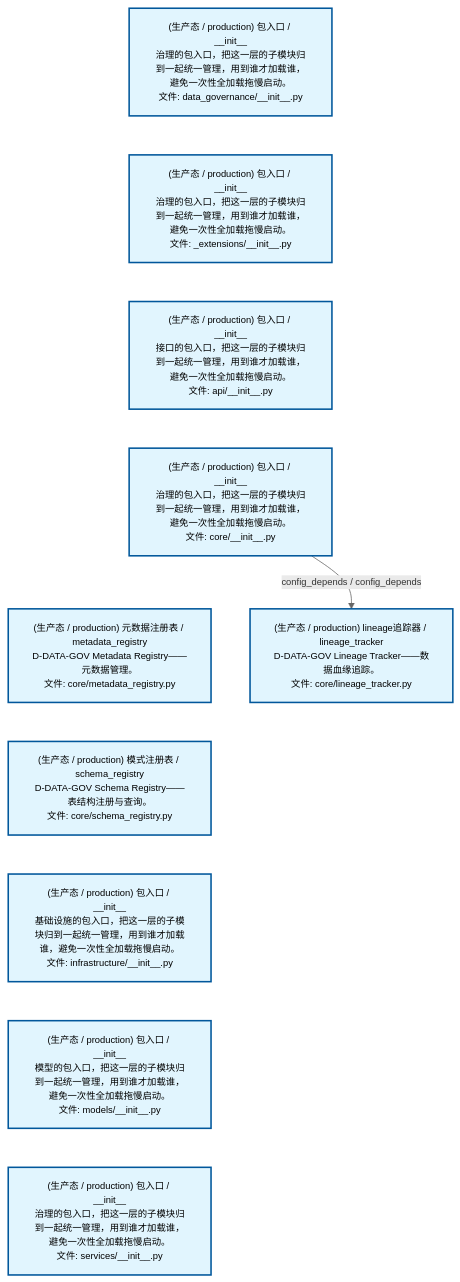
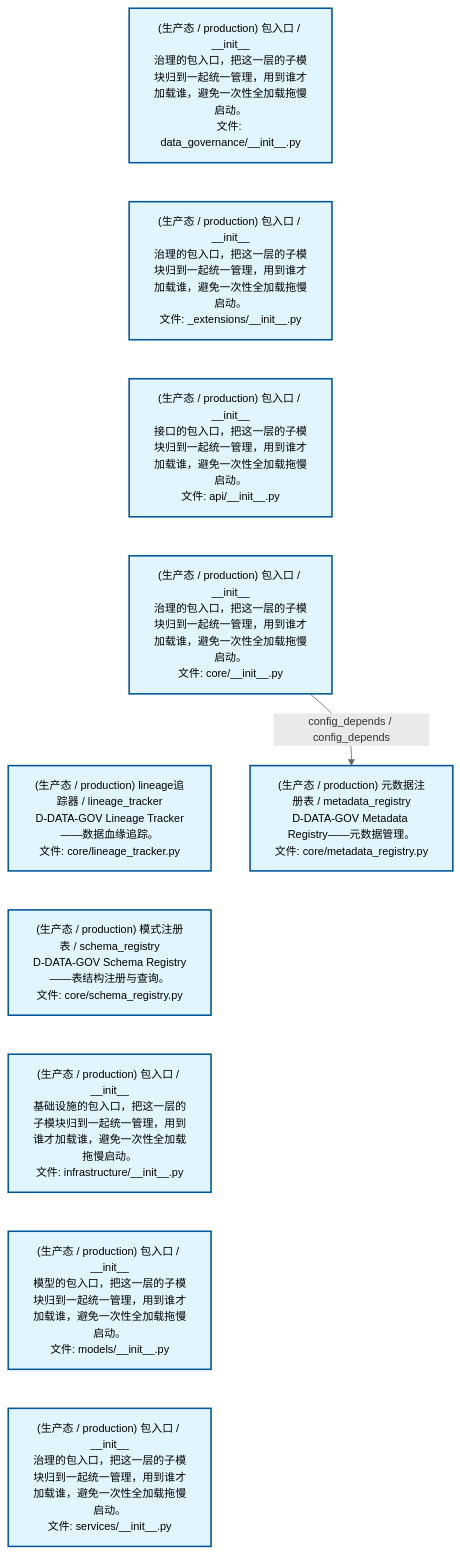
Before and after one commit to xuanFelixVan/ZephyrAlpha: the second of 2 diagrams in docs/02_enterprise_architecture/02_domain_architecture_docs/13_d_data_gov.md, drawn with Mermaid. The commit also changed other lines of this file and 61 other files, not shown here.

````diff
--- a/docs/02_enterprise_architecture/02_domain_architecture_docs/13_d_data_gov.md
+++ b/docs/02_enterprise_architecture/02_domain_architecture_docs/13_d_data_gov.md
@@ -86,28 +86,28 @@
 ```mermaid
-%%{init: {'theme': 'base', 'themeVariables': {'primaryColor': '#eaeaea', 'primaryTextColor': '#333333', 'primaryBorderColor': '#666666', 'lineColor': '#666666', 'secondaryColor': '#eaeaea', 'tertiaryColor': '#eaeaea', 'fontSize': '12px'}}}%%
+%%{init: {'theme': 'base', 'themeVariables': {'primaryColor': '#eaeaea', 'primaryTextColor': '#333333', 'primaryBorderColor': '#666666', 'lineColor': '#666666', 'secondaryColor': '#eaeaea', 'tertiaryColor': '#eaeaea', 'fontSize': '14px'}}}%%
 flowchart TD
     src_zephyr_data_governance_init_py["(生产态 / production) 包入口 / __init__<br/>治理的包入口，把这一层的子模块归到一起统一管理，用到谁才加载谁，避免一次性全加载拖慢启动。<br/>文件: data_governance/__init__.py"]
     src_zephyr_data_governance_extensions_init_py["(生产态 / production) 包入口 / __init__<br/>治理的包入口，把这一层的子模块归到一起统一管理，用到谁才加载谁，避免一次性全加载拖慢启动。<br/>文件: _extensions/__init__.py"]
     src_zephyr_data_governance_api_init_py["(生产态 / production) 包入口 / __init__<br/>接口的包入口，把这一层的子模块归到一起统一管理，用到谁才加载谁，避免一次性全加载拖慢启动。<br/>文件: api/__init__.py"]
     src_zephyr_data_governance_core_init_py["(生产态 / production) 包入口 / __init__<br/>治理的包入口，把这一层的子模块归到一起统一管理，用到谁才加载谁，避免一次性全加载拖慢启动。<br/>文件: core/__init__.py"]
-    src_zephyr_data_governance_core_metadata_registry_py["(生产态 / production) 元数据注册表 / metadata_registry<br/>D-DATA-GOV Metadata Registry——元数据管理。<br/>文件: core/metadata_registry.py"]
+    src_zephyr_data_governance_core_lineage_tracker_py["(生产态 / production) lineage追踪器 / lineage_tracker<br/>D-DATA-GOV Lineage Tracker——数据血缘追踪。<br/>文件: core/lineage_tracker.py"]
     src_zephyr_data_governance_core_schema_registry_py["(生产态 / production) 模式注册表 / schema_registry<br/>D-DATA-GOV Schema Registry——表结构注册与查询。<br/>文件: core/schema_registry.py"]
     src_zephyr_data_governance_infrastructure_init_py["(生产态 / production) 包入口 / __init__<br/>基础设施的包入口，把这一层的子模块归到一起统一管理，用到谁才加载谁，避免一次性全加载拖慢启动。<br/>文件: infrastructure/__init__.py"]
     src_zephyr_data_governance_models_init_py["(生产态 / production) 包入口 / __init__<br/>模型的包入口，把这一层的子模块归到一起统一管理，用到谁才加载谁，避免一次性全加载拖慢启动。<br/>文件: models/__init__.py"]
     src_zephyr_data_governance_services_init_py["(生产态 / production) 包入口 / __init__<br/>治理的包入口，把这一层的子模块归到一起统一管理，用到谁才加载谁，避免一次性全加载拖慢启动。<br/>文件: services/__init__.py"]
     src_zephyr_data_governance_init_py ~~~ src_zephyr_data_governance_extensions_init_py
     src_zephyr_data_governance_extensions_init_py ~~~ src_zephyr_data_governance_api_init_py
     src_zephyr_data_governance_api_init_py ~~~ src_zephyr_data_governance_core_init_py
-    src_zephyr_data_governance_core_init_py ~~~ src_zephyr_data_governance_core_metadata_registry_py
-    src_zephyr_data_governance_core_metadata_registry_py ~~~ src_zephyr_data_governance_core_schema_registry_py
+    src_zephyr_data_governance_core_init_py ~~~ src_zephyr_data_governance_core_lineage_tracker_py
+    src_zephyr_data_governance_core_lineage_tracker_py ~~~ src_zephyr_data_governance_core_schema_registry_py
     src_zephyr_data_governance_core_schema_registry_py ~~~ src_zephyr_data_governance_infrastructure_init_py
     src_zephyr_data_governance_infrastructure_init_py ~~~ src_zephyr_data_governance_models_init_py
     src_zephyr_data_governance_models_init_py ~~~ src_zephyr_data_governance_services_init_py
-    src_zephyr_data_governance_core_lineage_tracker_py["(生产态 / production) lineage追踪器 / lineage_tracker<br/>D-DATA-GOV Lineage Tracker——数据血缘追踪。<br/>文件: core/lineage_tracker.py"]
-    src_zephyr_data_governance_core_init_py -->|config_depends / config_depends| src_zephyr_data_governance_core_lineage_tracker_py
+    src_zephyr_data_governance_core_metadata_registry_py["(生产态 / production) 元数据注册表 / metadata_registry<br/>D-DATA-GOV Metadata Registry——元数据管理。<br/>文件: core/metadata_registry.py"]
+    src_zephyr_data_governance_core_init_py -->|config_depends / config_depends| src_zephyr_data_governance_core_metadata_registry_py
     classDef production fill:#e1f5fe,stroke:#01579b,stroke-width:2px,color:#000
     classDef design fill:#fff3e0,stroke:#e65100,stroke-width:2px,color:#000,stroke-dasharray: 5 5
     classDef external_prod fill:#e8f4fd,stroke:#0277bd,stroke-width:1px,color:#000
     classDef external_design fill:#fff8e7,stroke:#ef6c00,stroke-width:1px,color:#000,stroke-dasharray: 5 5
     class src_zephyr_data_governance_init_py,src_zephyr_data_governance_extensions_init_py,src_zephyr_data_governance_api_init_py,src_zephyr_data_governance_core_init_py,src_zephyr_data_governance_core_lineage_tracker_py,src_zephyr_data_governance_core_metadata_registry_py,src_zephyr_data_governance_core_schema_registry_py,src_zephyr_data_governance_infrastructure_init_py,src_zephyr_data_governance_models_init_py,src_zephyr_data_governance_services_init_py production
 ```
````
